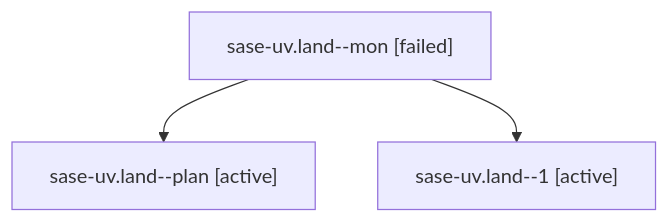
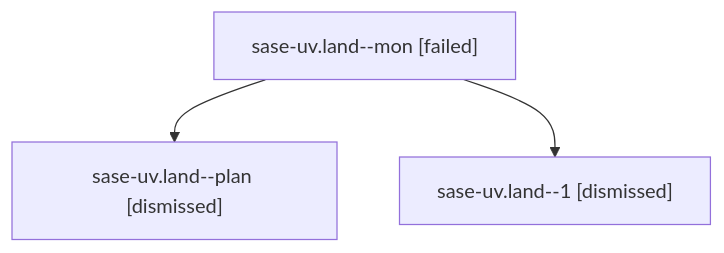
Before and after one commit to sase-org/sase--agents: the diagram in sessions/bbugyi200.athena.sase-uv.land.md, drawn with Mermaid. The commit also changed other lines of this file and 243 other files, not shown here.

````diff
--- a/sessions/bbugyi200.athena.sase-uv.land.md
+++ b/sessions/bbugyi200.athena.sase-uv.land.md
@@ -9,8 +9,8 @@
 ```mermaid
 flowchart TD
   n0["sase-uv.land--mon [failed]"]
-  n1["sase-uv.land--plan [active]"]
+  n1["sase-uv.land--plan [dismissed]"]
   n0 --> n1
-  n2["sase-uv.land--1 [active]"]
+  n2["sase-uv.land--1 [dismissed]"]
   n0 --> n2
 ```
````
